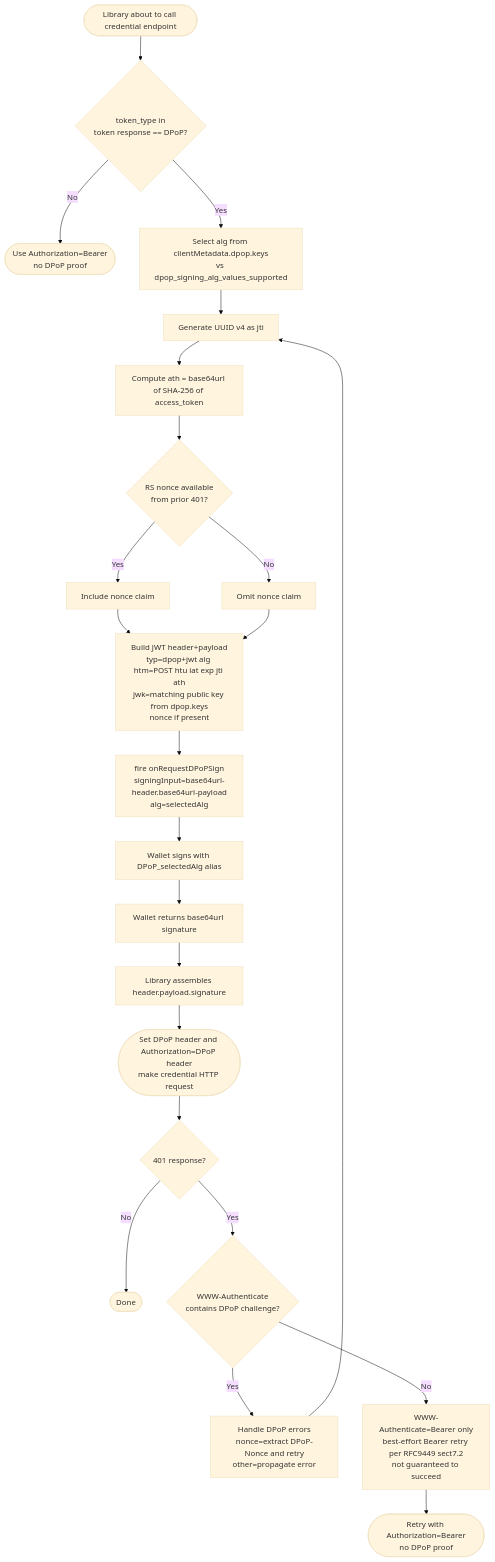
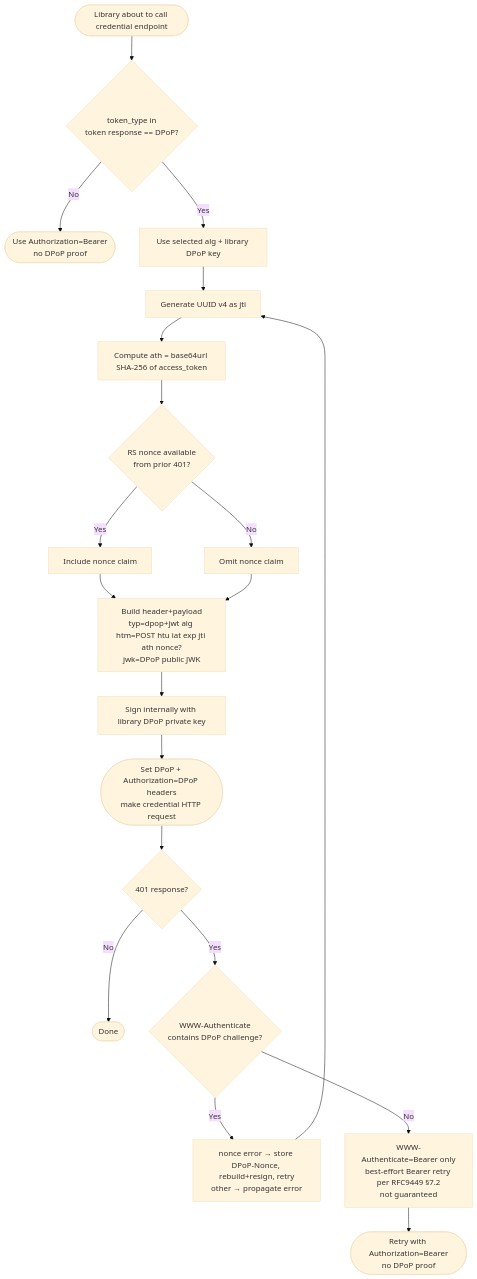
One commit to inji/inji-wallet changed the fifth of 8 diagrams in docs/# ADR: DPoP Sender-Constrained Access To.md. Above: the diagram before and after it, drawn with Mermaid (base theme). The commit also changed other lines of this file, not shown here.

First line of the commit message:
docs(dpop): rework ADR — library owns DPoP end-to-end with ephemeral keys

````diff
--- a/docs/# ADR: DPoP Sender-Constrained Access To.md
+++ b/docs/# ADR: DPoP Sender-Constrained Access To.md
@@ -352,25 +293,22 @@
 ```mermaid
 flowchart TD
     A([Library about to call credential endpoint]) --> B{token_type in\ntoken response == DPoP?}
     B -- No --> BN([Use Authorization=Bearer\nno DPoP proof])
-    B -- Yes --> C[Select alg from clientMetadata.dpop.keys\nvs dpop_signing_alg_values_supported]
+    B -- Yes --> C[Use selected alg + library DPoP key]
     C --> D[Generate UUID v4 as jti]
-    D --> E[Compute ath = base64url of SHA-256 of access_token]
+    D --> E[Compute ath = base64url SHA-256 of access_token]
     E --> F{RS nonce available\nfrom prior 401?}
     F -- Yes --> G[Include nonce claim]
     F -- No --> H[Omit nonce claim]
-    G --> I[Build JWT header+payload\ntyp=dpop+jwt alg htm=POST htu iat exp jti ath\njwk=matching public key from dpop.keys\nnonce if present]
+    G --> I[Build header+payload\ntyp=dpop+jwt alg htm=POST htu iat exp jti ath nonce?\njwk=DPoP public JWK]
     H --> I
-    I --> J[fire onRequestDPoPSign\nsigningInput=base64url-header.base64url-payload\nalg=selectedAlg]
-    J --> K[Wallet signs with DPoP_selectedAlg alias]
-    K --> L[Wallet returns base64url signature]
-    L --> M[Library assembles header.payload.signature]
-    M --> N([Set DPoP header and Authorization=DPoP header\nmake credential HTTP request])
+    I --> J[Sign internally with library DPoP private key]
+    J --> N([Set DPoP + Authorization=DPoP headers\nmake credential HTTP request])
     N --> O{401 response?}
     O -- No --> P([Done])
     O -- Yes --> Q{WWW-Authenticate\ncontains DPoP challenge?}
-    Q -- Yes --> R[Handle DPoP errors\nnonce=extract DPoP-Nonce and retry\nother=propagate error]
+    Q -- Yes --> R[nonce error → store DPoP-Nonce, rebuild+resign, retry\nother → propagate error]
     R --> D
-    Q -- No --> S[WWW-Authenticate=Bearer only\nbest-effort Bearer retry per RFC9449 sect7.2\nnot guaranteed to succeed]
+    Q -- No --> S[WWW-Authenticate=Bearer only\nbest-effort Bearer retry per RFC9449 §7.2\nnot guaranteed]
     S --> T([Retry with Authorization=Bearer\nno DPoP proof])
 ```
````
